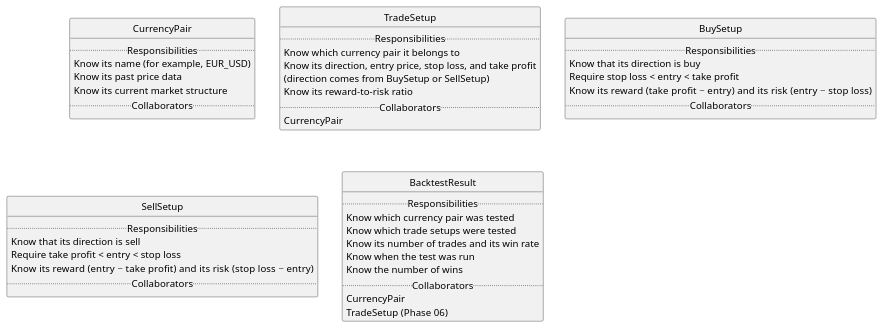
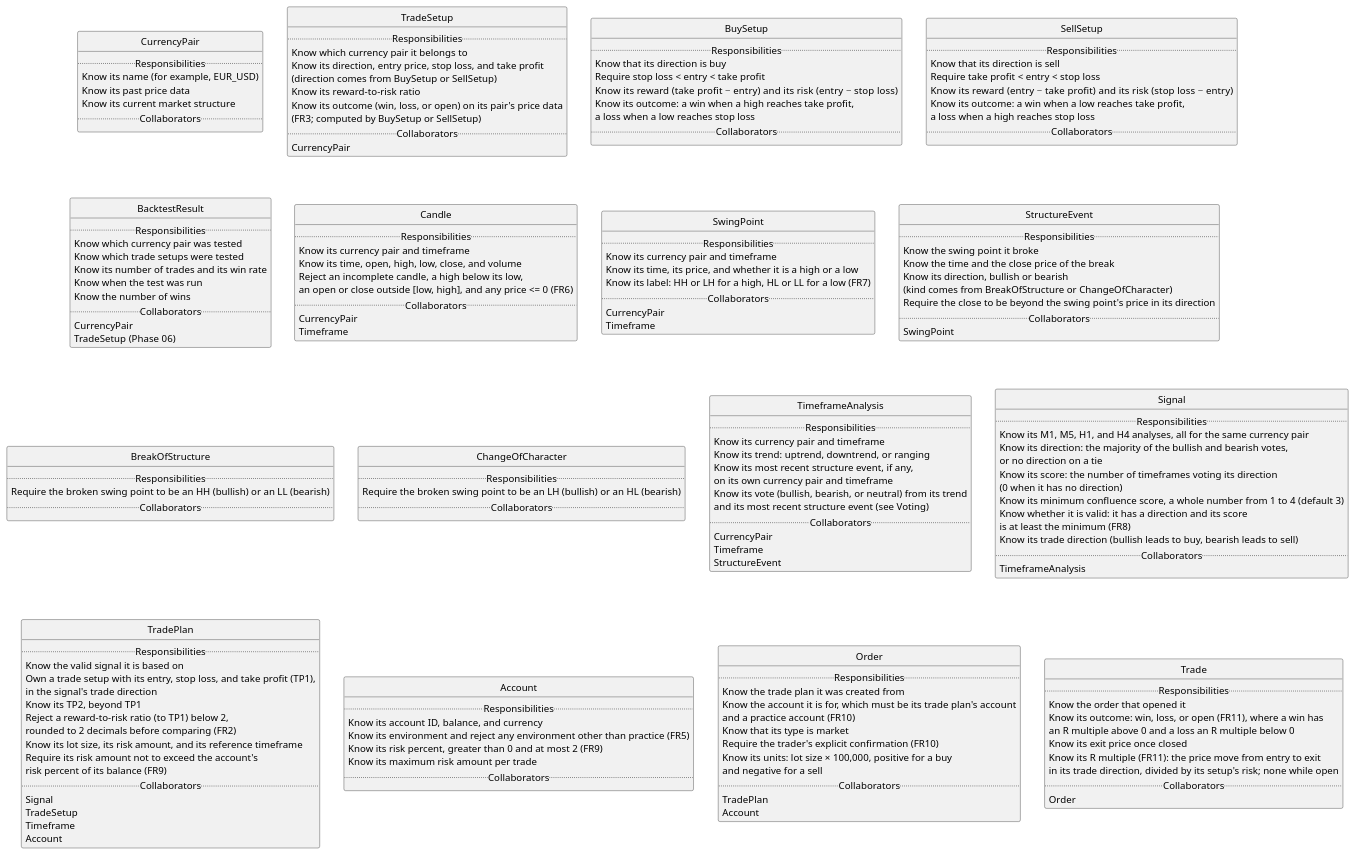
Before and after one commit to dan119524/nexus-trade: the diagram in docs/design/uml/crc.puml, drawn with PlantUML. The commit also changed 30 other files, not shown here.

```diff
--- a/docs/design/uml/crc.puml
+++ b/docs/design/uml/crc.puml
@@ -1,52 +1,184 @@
 @startuml crc
 ' Source: docs/design/requirements.md, section "CRC Analysis"
 ' CRC cards only: no relationship arrows between cards.
 skinparam classAttributeIconSize 0
 hide circle
 
 class CurrencyPair {
   .. Responsibilities ..
   Know its name (for example, EUR_USD)
   Know its past price data
   Know its current market structure
   .. Collaborators ..
 }
 
 class TradeSetup {
   .. Responsibilities ..
   Know which currency pair it belongs to
   Know its direction, entry price, stop loss, and take profit
   (direction comes from BuySetup or SellSetup)
   Know its reward-to-risk ratio
+  Know its outcome (win, loss, or open) on its pair's price data
+  (FR3; computed by BuySetup or SellSetup)
   .. Collaborators ..
   CurrencyPair
 }
 
 class BuySetup {
   .. Responsibilities ..
   Know that its direction is buy
   Require stop loss < entry < take profit
   Know its reward (take profit − entry) and its risk (entry − stop loss)
+  Know its outcome: a win when a high reaches take profit,
+  a loss when a low reaches stop loss
   .. Collaborators ..
 }
 
 class SellSetup {
   .. Responsibilities ..
   Know that its direction is sell
   Require take profit < entry < stop loss
   Know its reward (entry − take profit) and its risk (stop loss − entry)
+  Know its outcome: a win when a low reaches take profit,
+  a loss when a high reaches stop loss
   .. Collaborators ..
 }
 
 class BacktestResult {
   .. Responsibilities ..
   Know which currency pair was tested
   Know which trade setups were tested
   Know its number of trades and its win rate
   Know when the test was run
   Know the number of wins
   .. Collaborators ..
   CurrencyPair
   TradeSetup (Phase 06)
 }
+
+class Candle {
+  .. Responsibilities ..
+  Know its currency pair and timeframe
+  Know its time, open, high, low, close, and volume
+  Reject an incomplete candle, a high below its low,
+  an open or close outside [low, high], and any price <= 0 (FR6)
+  .. Collaborators ..
+  CurrencyPair
+  Timeframe
+}
+
+class SwingPoint {
+  .. Responsibilities ..
+  Know its currency pair and timeframe
+  Know its time, its price, and whether it is a high or a low
+  Know its label: HH or LH for a high, HL or LL for a low (FR7)
+  .. Collaborators ..
+  CurrencyPair
+  Timeframe
+}
+
+class StructureEvent {
+  .. Responsibilities ..
+  Know the swing point it broke
+  Know the time and the close price of the break
+  Know its direction, bullish or bearish
+  (kind comes from BreakOfStructure or ChangeOfCharacter)
+  Require the close to be beyond the swing point's price in its direction
+  .. Collaborators ..
+  SwingPoint
+}
+
+class BreakOfStructure {
+  .. Responsibilities ..
+  Require the broken swing point to be an HH (bullish) or an LL (bearish)
+  .. Collaborators ..
+}
+
+class ChangeOfCharacter {
+  .. Responsibilities ..
+  Require the broken swing point to be an LH (bullish) or an HL (bearish)
+  .. Collaborators ..
+}
+
+class TimeframeAnalysis {
+  .. Responsibilities ..
+  Know its currency pair and timeframe
+  Know its trend: uptrend, downtrend, or ranging
+  Know its most recent structure event, if any,
+  on its own currency pair and timeframe
+  Know its vote (bullish, bearish, or neutral) from its trend
+  and its most recent structure event (see Voting)
+  .. Collaborators ..
+  CurrencyPair
+  Timeframe
+  StructureEvent
+}
+
+class Signal {
+  .. Responsibilities ..
+  Know its M1, M5, H1, and H4 analyses, all for the same currency pair
+  Know its direction: the majority of the bullish and bearish votes,
+  or no direction on a tie
+  Know its score: the number of timeframes voting its direction
+  (0 when it has no direction)
+  Know its minimum confluence score, a whole number from 1 to 4 (default 3)
+  Know whether it is valid: it has a direction and its score
+  is at least the minimum (FR8)
+  Know its trade direction (bullish leads to buy, bearish leads to sell)
+  .. Collaborators ..
+  TimeframeAnalysis
+}
+
+class TradePlan {
+  .. Responsibilities ..
+  Know the valid signal it is based on
+  Own a trade setup with its entry, stop loss, and take profit (TP1),
+  in the signal's trade direction
+  Know its TP2, beyond TP1
+  Reject a reward-to-risk ratio (to TP1) below 2,
+  rounded to 2 decimals before comparing (FR2)
+  Know its lot size, its risk amount, and its reference timeframe
+  Require its risk amount not to exceed the account's
+  risk percent of its balance (FR9)
+  .. Collaborators ..
+  Signal
+  TradeSetup
+  Timeframe
+  Account
+}
+
+class Account {
+  .. Responsibilities ..
+  Know its account ID, balance, and currency
+  Know its environment and reject any environment other than practice (FR5)
+  Know its risk percent, greater than 0 and at most 2 (FR9)
+  Know its maximum risk amount per trade
+  .. Collaborators ..
+}
+
+class Order {
+  .. Responsibilities ..
+  Know the trade plan it was created from
+  Know the account it is for, which must be its trade plan's account
+  and a practice account (FR10)
+  Know that its type is market
+  Require the trader's explicit confirmation (FR10)
+  Know its units: lot size × 100,000, positive for a buy
+  and negative for a sell
+  .. Collaborators ..
+  TradePlan
+  Account
+}
+
+class Trade {
+  .. Responsibilities ..
+  Know the order that opened it
+  Know its outcome: win, loss, or open (FR11), where a win has
+  an R multiple above 0 and a loss an R multiple below 0
+  Know its exit price once closed
+  Know its R multiple (FR11): the price move from entry to exit
+  in its trade direction, divided by its setup's risk; none while open
+  .. Collaborators ..
+  Order
+}
 @enduml
```
